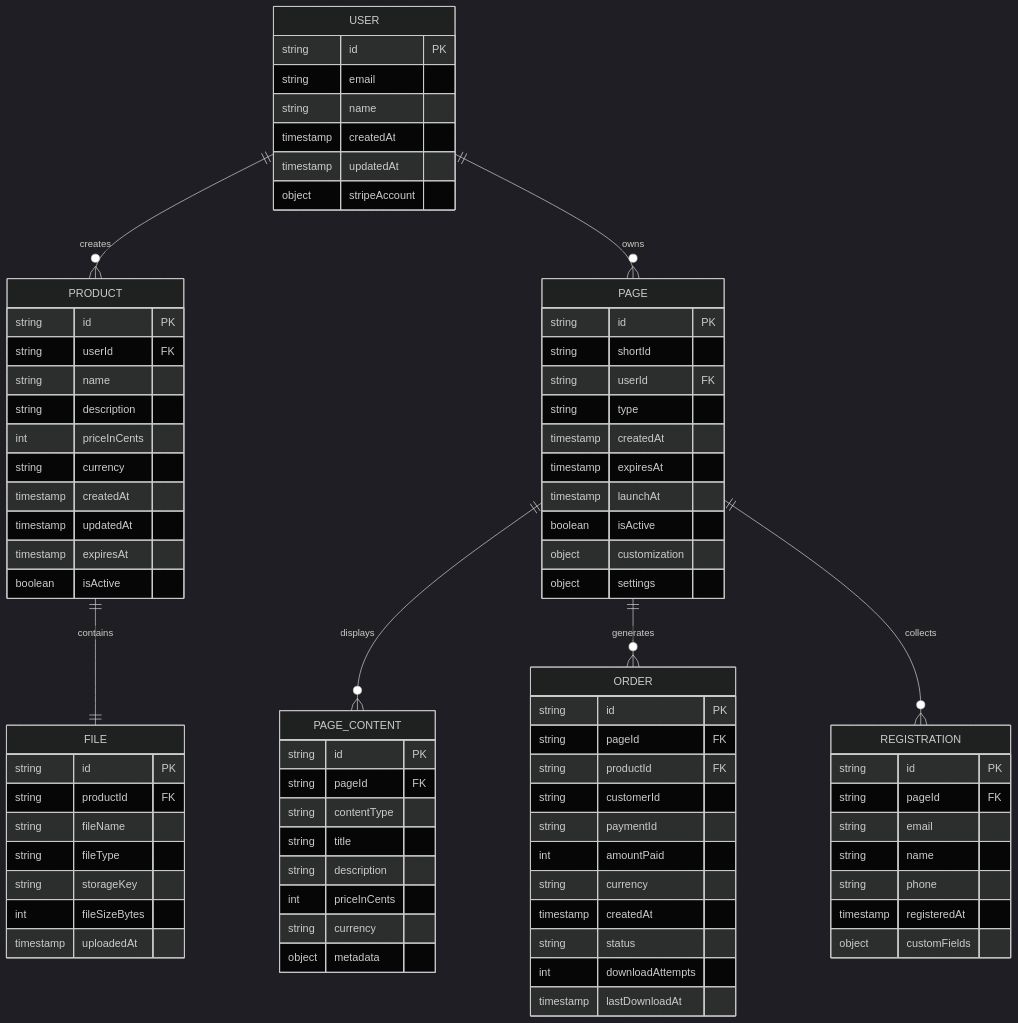
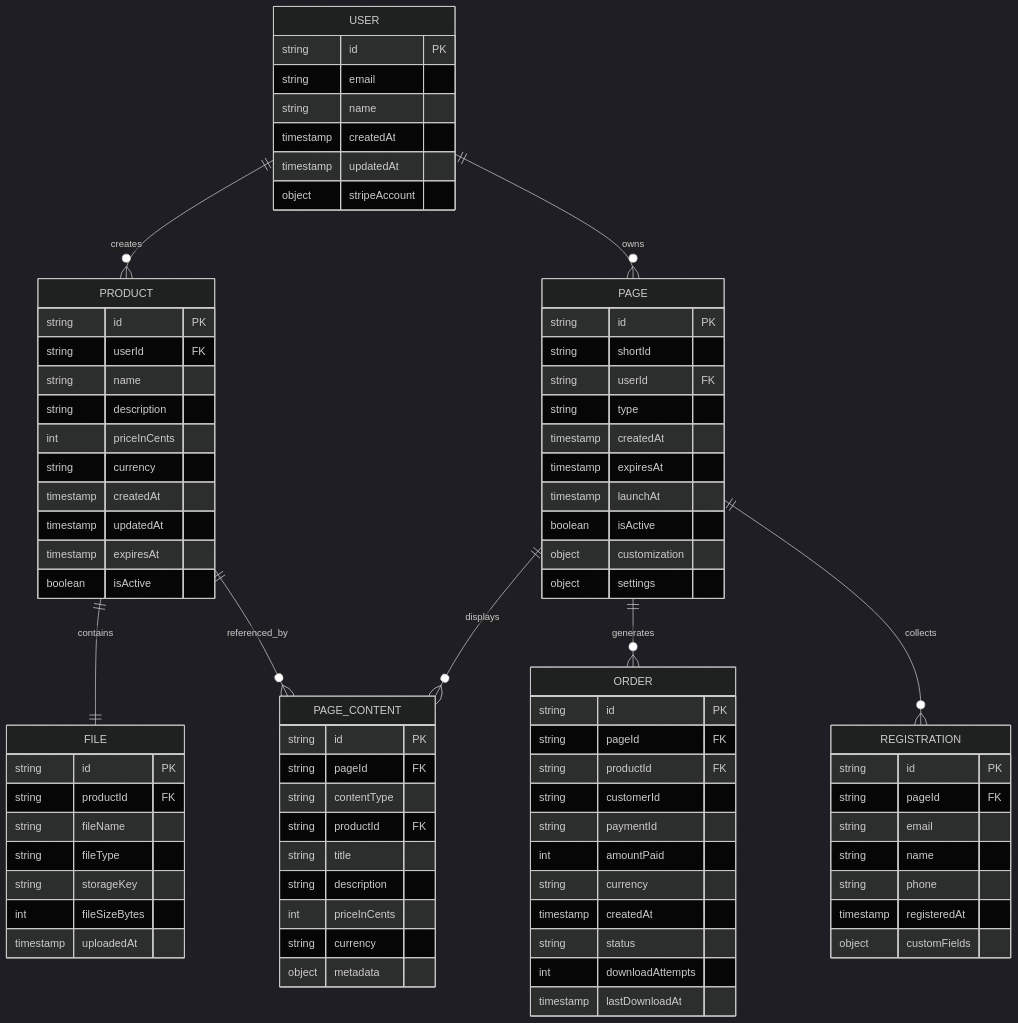
The diagram in docs/data-model.md (hkrickybjjdev/digital-sales-monorepo), drawn with Mermaid (dark theme) before and after one commit. The commit also changed other lines of this file and 3 other files, not shown here.

First line of the commit message:
Add product-page content relationships and update documentation

````diff
--- a/docs/data-model.md
+++ b/docs/data-model.md
@@ -57,6 +57,7 @@
         string id PK
         string pageId FK
         string contentType
+        string productId FK
         string title
         string description
         int priceInCents
@@ -92,6 +93,7 @@
     USER ||--o{ PAGE : owns
     PRODUCT ||--|| FILE : contains
     PAGE ||--o{ PAGE_CONTENT : displays
+    PRODUCT ||--o{ PAGE_CONTENT : referenced_by
     PAGE ||--o{ ORDER : generates
     PAGE ||--o{ REGISTRATION : collects
 ```
````
